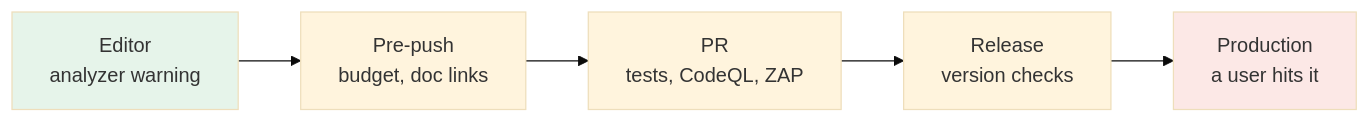
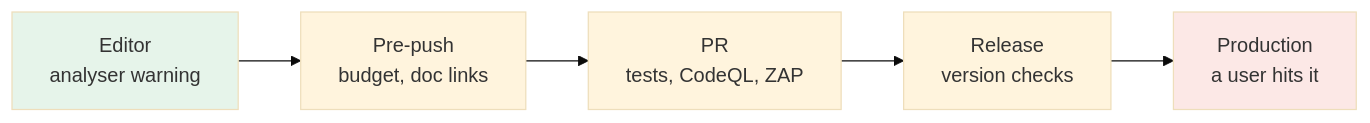
Before and after one commit to jonnymuir/engineering-standards: the diagram in playbook/02-quality.md, drawn with Mermaid (base theme). The commit also changed other lines of this file and 15 other files, not shown here.

````diff
--- a/playbook/02-quality.md
+++ b/playbook/02-quality.md
@@ -154,11 +155,11 @@
 ```mermaid
 flowchart LR
   A["Editor
-  analyzer warning"] --> B["Pre-push
+  analyser warning"] --> B["Pre-push
   budget, doc links"] --> C["PR
   tests, CodeQL, ZAP"] --> D["Release
   version checks"] --> E["Production
   a user hits it"]
   style A fill:#e6f4ea
   style E fill:#fce8e6
 ```
````
